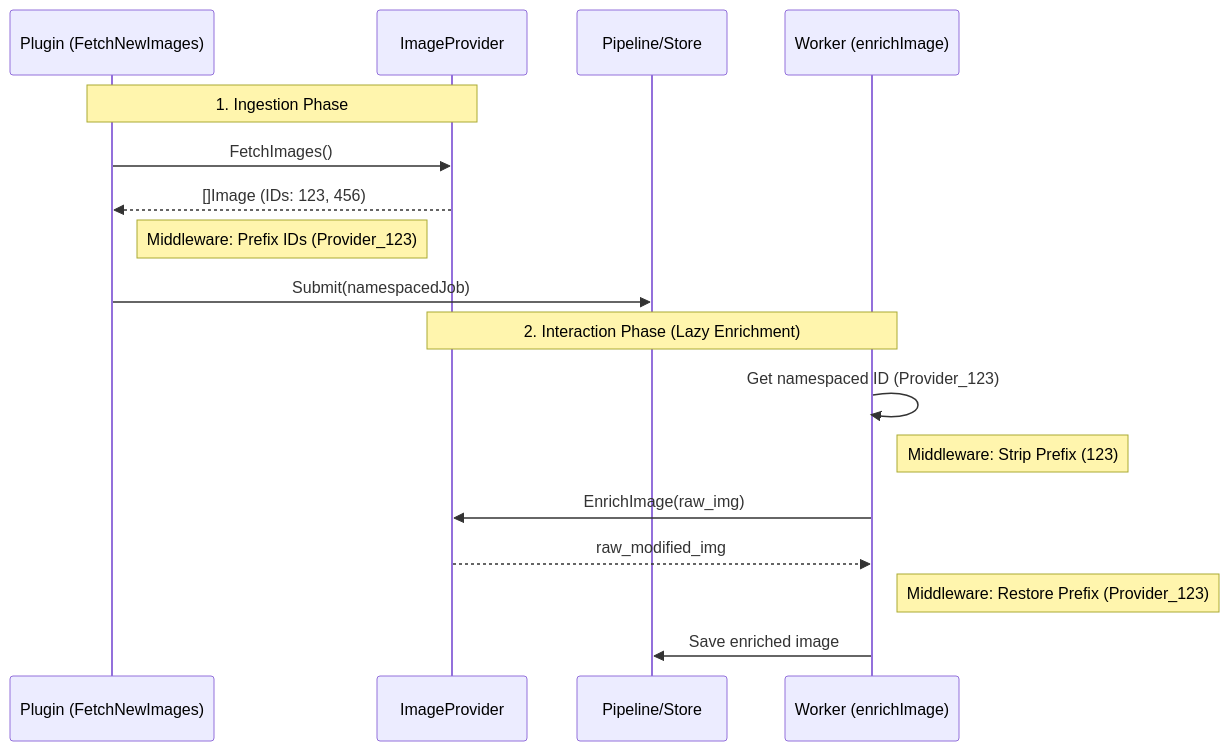
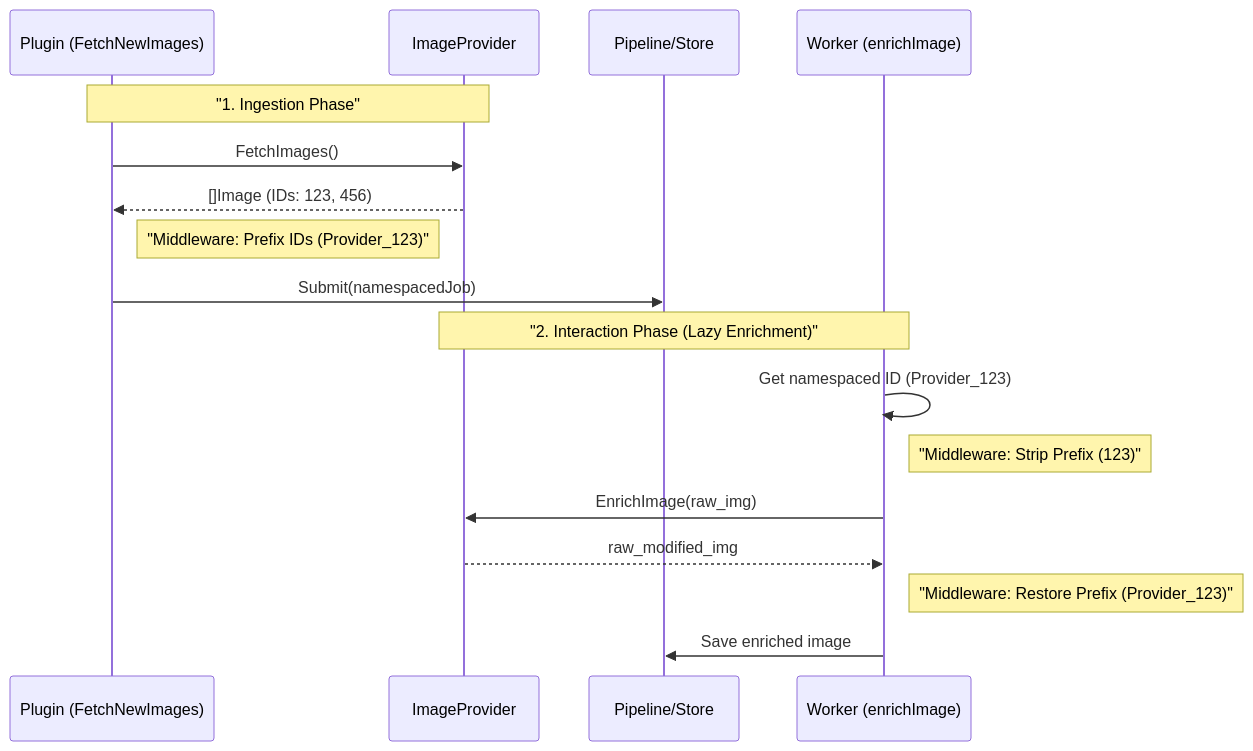
One commit to dixieflatline76/Spice changed the fifth of 5 diagrams in docs/architecture.md. Above: the diagram before and after it, drawn with Mermaid. The commit also changed other lines of this file and 1 other file, not shown here.

Commit message:
docs: fix Mermaid syntax errors in architectural diagrams

````diff
--- a/docs/architecture.md
+++ b/docs/architecture.md
@@ -309,21 +310,21 @@
 ```mermaid
 sequenceDiagram
     participant P as Plugin (FetchNewImages)
     participant Prov as ImageProvider
     participant Pipe as Pipeline/Store
     participant W as Worker (enrichImage)
 
-    Note over P,Prov: 1. Ingestion Phase
+    Note over P,Prov: "1. Ingestion Phase"
     P->>Prov: FetchImages()
     Prov-->>P: []Image (IDs: 123, 456)
-    Note right of P: Middleware: Prefix IDs (Provider_123)
+    Note right of P: "Middleware: Prefix IDs (Provider_123)"
     P->>Pipe: Submit(namespacedJob)
 
-    Note over W,Prov: 2. Interaction Phase (Lazy Enrichment)
+    Note over W,Prov: "2. Interaction Phase (Lazy Enrichment)"
     W->>W: Get namespaced ID (Provider_123)
-    Note right of W: Middleware: Strip Prefix (123)
+    Note right of W: "Middleware: Strip Prefix (123)"
     W->>Prov: EnrichImage(raw_img)
     Prov-->>W: raw_modified_img
-    Note right of W: Middleware: Restore Prefix (Provider_123)
+    Note right of W: "Middleware: Restore Prefix (Provider_123)"
     W->>Pipe: Save enriched image
 ```
````
